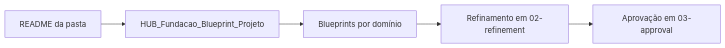
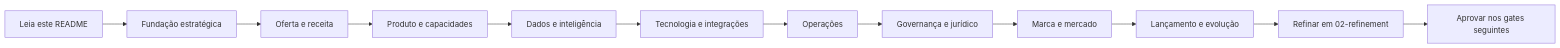
The first of 2 diagrams in 01-blueprint/README.md (pratofeitoo/the-new-hub-proj-dev-2), drawn with Mermaid before and after one commit. The commit also changed other lines of this file and 69 other files, not shown here.

````diff
--- a/01-blueprint/README.md
+++ b/01-blueprint/README.md
@@ -16,7 +54,14 @@
 ```mermaid
 flowchart LR
-    A[README da pasta] --> B[HUB_Fundacao_Blueprint_Projeto]
-    B --> C[Blueprints por domínio]
-    C --> D[Refinamento em 02-refinement]
-    D --> E[Aprovação em 03-approval]
+    A[Leia este README] --> B[Fundação estratégica]
+    B --> C[Oferta e receita]
+    C --> D[Produto e capacidades]
+    D --> E[Dados e inteligência]
+    E --> F[Tecnologia e integrações]
+    F --> G[Operações]
+    G --> H[Governança e jurídico]
+    H --> I[Marca e mercado]
+    I --> J[Lançamento e evolução]
+    J --> K[Refinar em 02-refinement]
+    K --> L[Aprovar nos gates seguintes]
 ```
````
